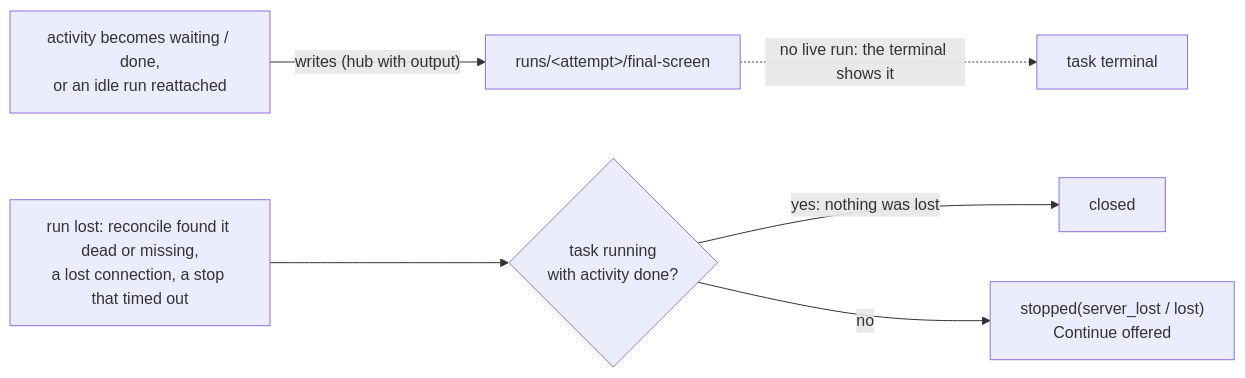
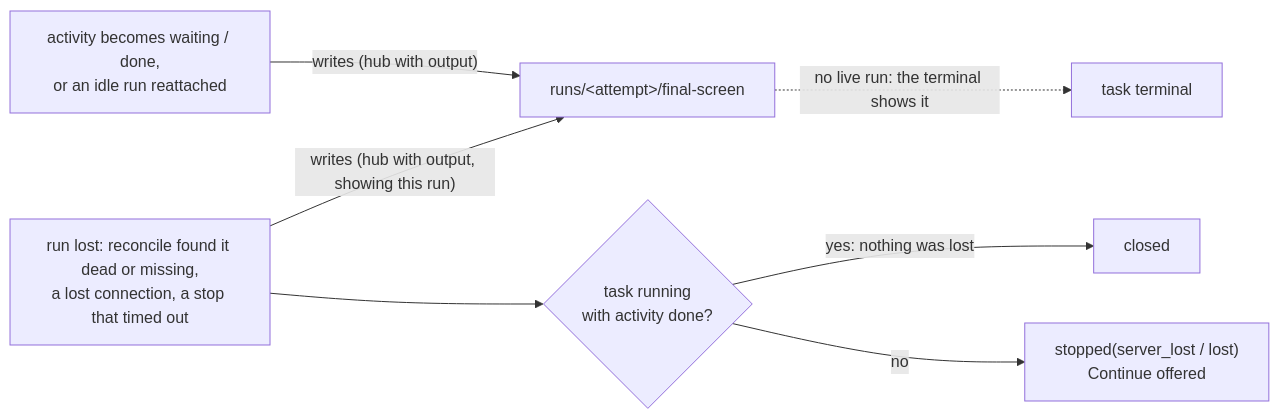
One commit to Quartio-Studio/yulius changed diagram 50 of 60 in docs/architecture.md. Above: the diagram before and after it, drawn with Mermaid. The commit also changed other lines of this file and 5 other files, not shown here.

First line of the commit message:
fix(supervisor): A run lost while Yulius runs saves its live screen (#686) (#887)

````diff
--- a/docs/architecture.md
+++ b/docs/architecture.md
@@ -1809,8 +1812,9 @@
 ```mermaid
 flowchart LR
     settled["activity becomes waiting / done,\nor an idle run reattached"] -->|"writes (hub with output)"| screen["runs/&lt;attempt&gt;/final-screen"]
     lost["run lost: reconcile found it dead or missing,\na lost connection, a stop that timed out"] --> which{"task running\nwith activity done?"}
     which -->|"yes: nothing was lost"| closed["closed"]
     which -->|"no"| stopped["stopped(server_lost / lost)\nContinue offered"]
+    lost -->|"writes (hub with output, showing this run)"| screen
     screen -.->|"no live run: the terminal shows it"| view["task terminal"]
 ```
````
